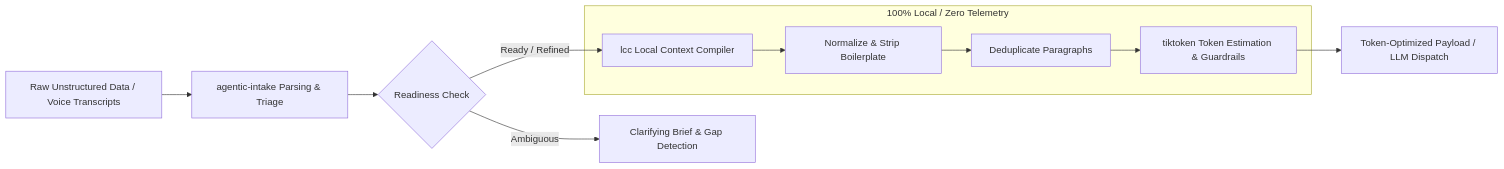
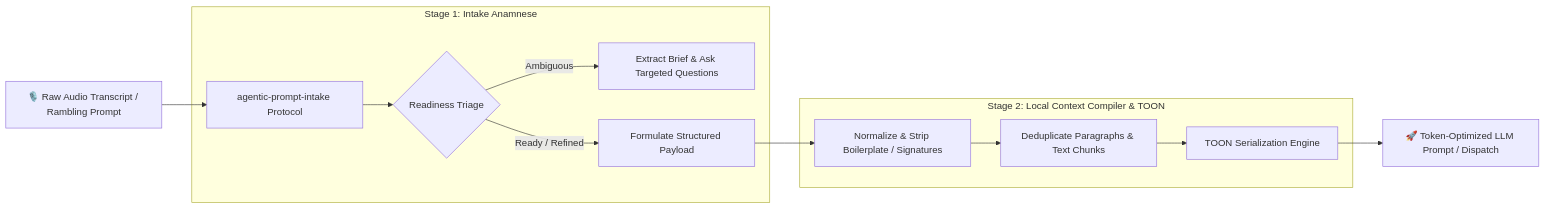
One commit to vetlucasmartins/agentic-prompt-intake changed the diagram in README.md. Above: the diagram before and after it, drawn with Mermaid. The commit also changed other lines of this file and 5 other files, not shown here.

Commit message:
feat: implement TOON serialization format and integrate into AgenticIntakePipeline

````diff
--- a/README.md
+++ b/README.md
@@ -17,13 +66,18 @@
 ```mermaid
 flowchart LR
-    A[Raw Unstructured Data / Voice Transcripts] --> B[agentic-intake Parsing & Triage]
-    B --> C{Readiness Check}
-    C -- Ambiguous --> D[Clarifying Brief & Gap Detection]
-    C -- Ready / Refined --> E[lcc Local Context Compiler]
-    subgraph LCC Engine [100% Local / Zero Telemetry]
-        E --> F[Normalize & Strip Boilerplate]
-        F --> G[Deduplicate Paragraphs]
-        G --> H[tiktoken Token Estimation & Guardrails]
+    A[🎙️ Raw Audio Transcript / Rambling Prompt] --> B[agentic-prompt-intake Protocol]
+    
+    subgraph Stage 1: Intake Anamnese
+        B --> C{Readiness Triage}
+        C -- Ambiguous --> D[Extract Brief & Ask Targeted Questions]
+        C -- Ready / Refined --> E[Formulate Structured Payload]
     end
-    H --> I[Token-Optimized Payload / LLM Dispatch]
+    
+    subgraph Stage 2: Local Context Compiler & TOON
+        E --> F[Normalize & Strip Boilerplate / Signatures]
+        F --> G[Deduplicate Paragraphs & Text Chunks]
+        G --> H[TOON Serialization Engine]
+    end
+    
+    H --> I[🚀 Token-Optimized LLM Prompt / Dispatch]
 ```
````
